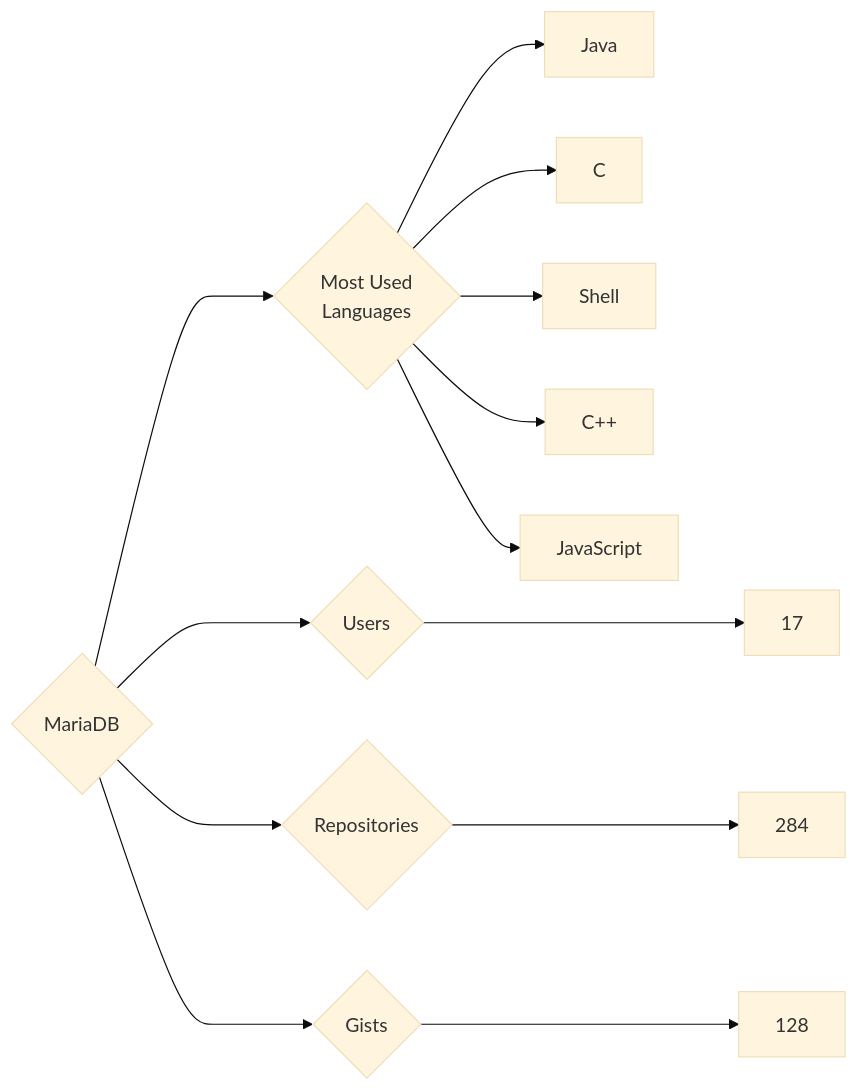
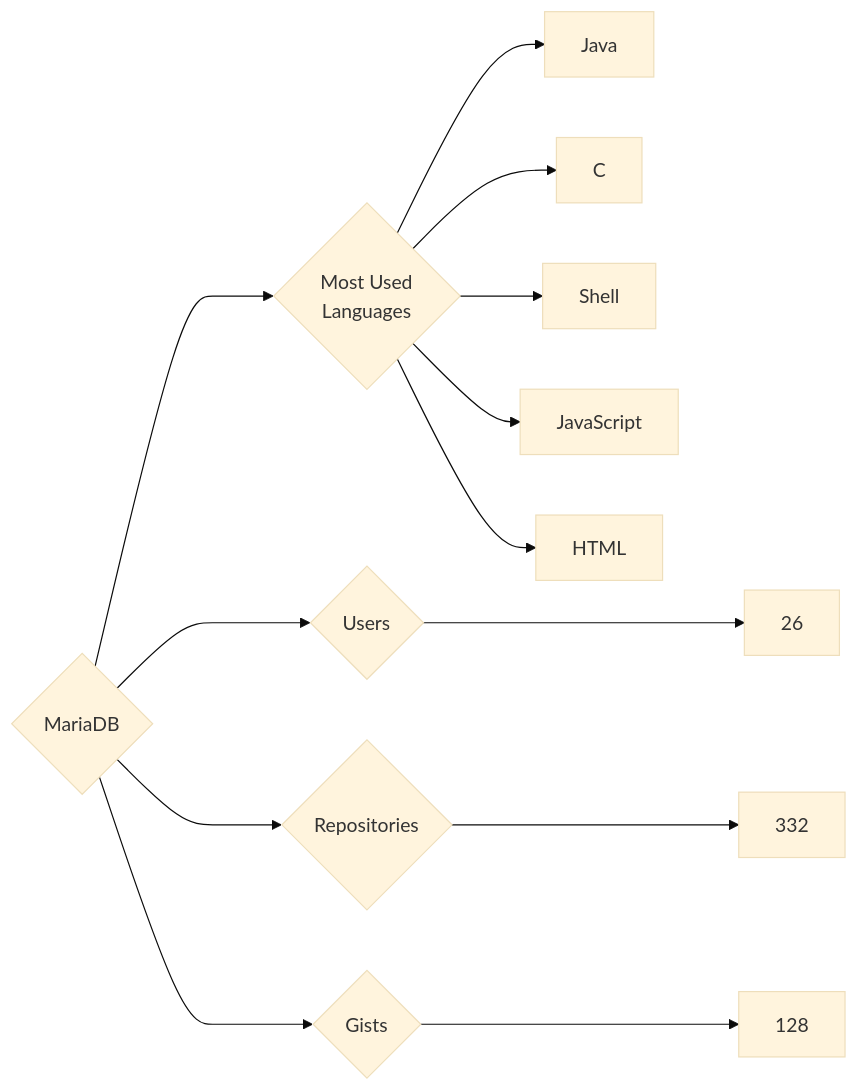
The diagram in targets/MariaDB/README.md (trickest/insiders), drawn with Mermaid (base theme) before and after one commit. The commit also changed 930 other files, not shown here.

````diff
--- a/targets/MariaDB/README.md
+++ b/targets/MariaDB/README.md
@@ -3,13 +3,13 @@
 ```mermaid
 graph LR
 COMPANY_NAME{MariaDB}
-COMPANY_NAME ---> U{Users} ---> UN[17]
-COMPANY_NAME ---> R{Repositories} ---> RN[284]
+COMPANY_NAME ---> U{Users} ---> UN[26]
+COMPANY_NAME ---> R{Repositories} ---> RN[332]
 COMPANY_NAME ---> G{Gists} ---> GN[128]
 COMPANY_NAME ---> ML{Most Used<br>Languages}
 ML --> Java[Java]
 ML --> C[C]
 ML --> Shell[Shell]
-ML --> C++[C++]
 ML --> JavaScript[JavaScript]
+ML --> HTML[HTML]
 ```
````
